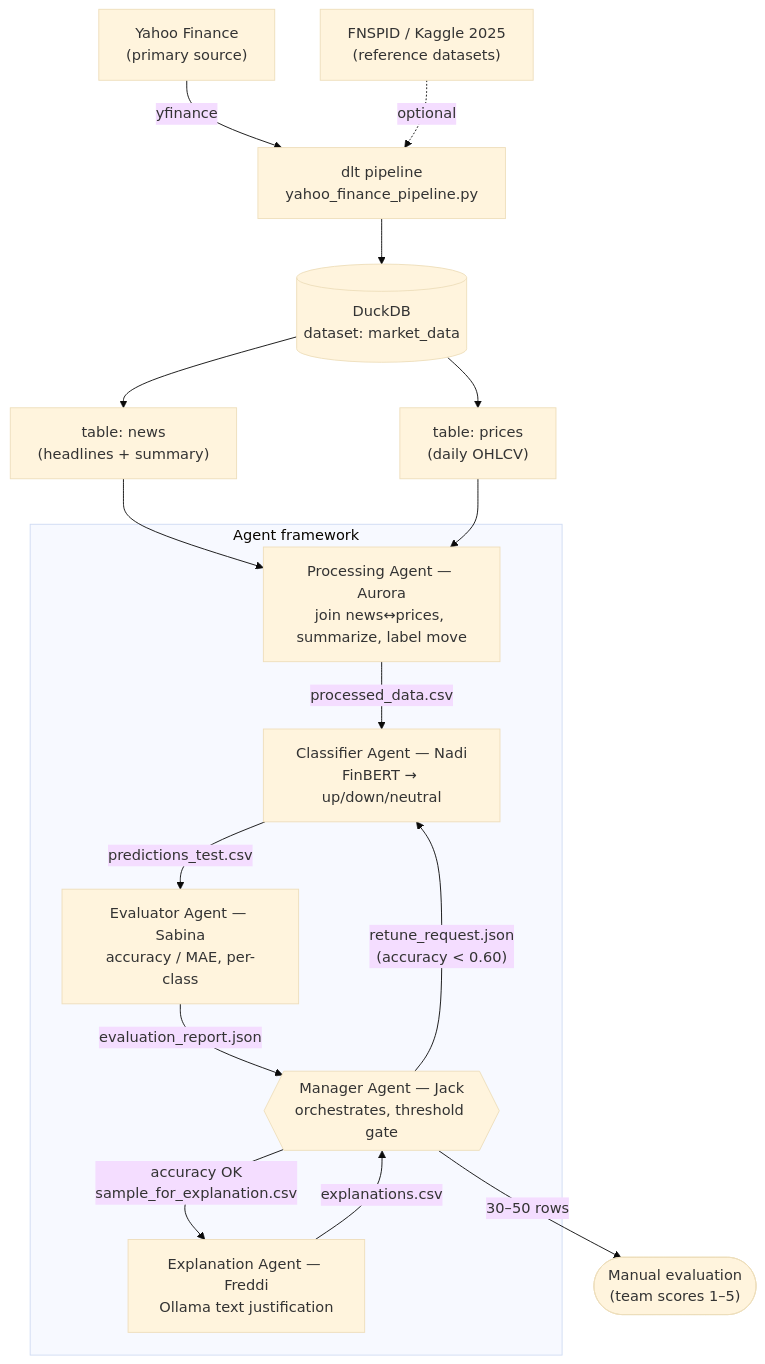
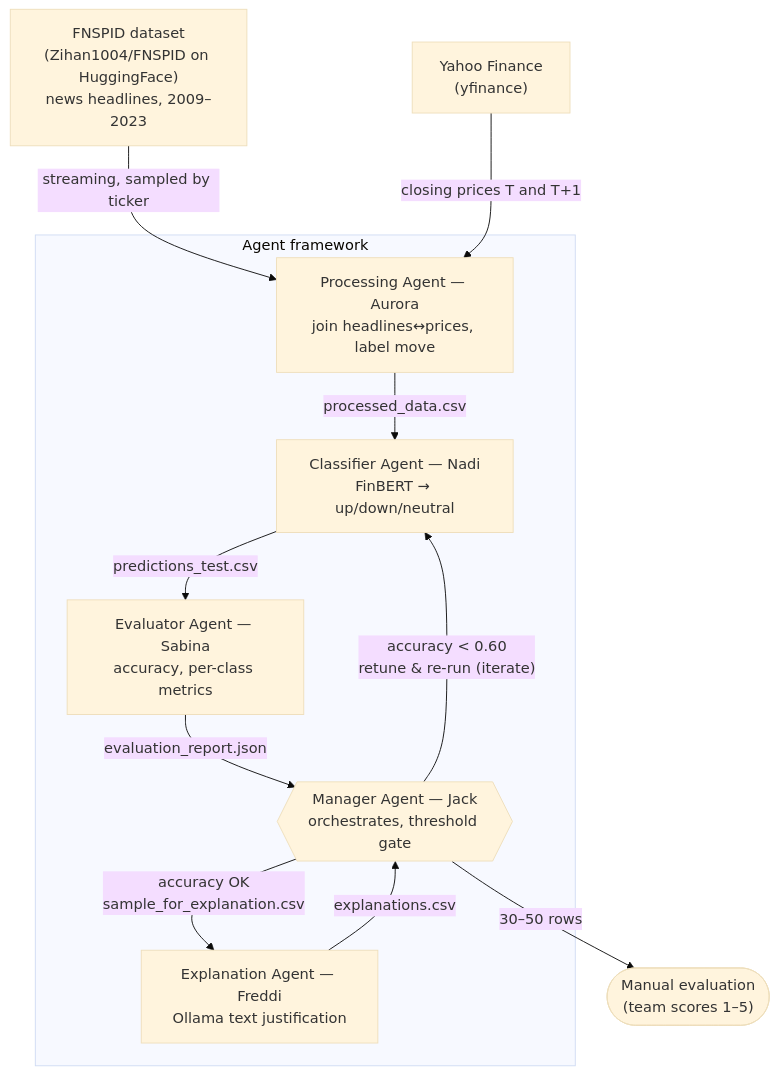
Before and after one commit to njaltran/NLP_lab: the diagram in architecture.md, drawn with Mermaid (base theme). The commit also changed other lines of this file and 1 other file, not shown here.

Commit message:
Refactor architecture and data contracts for clarity; update data sources and processing steps

````diff
--- a/architecture.md
+++ b/architecture.md
@@ -7,27 +7,21 @@
 ```mermaid
 flowchart TD
-    YF["Yahoo Finance<br/>(primary source)"] -->|yfinance| DLT["dlt pipeline<br/>yahoo_finance_pipeline.py"]
-    ALT["FNSPID / Kaggle 2025<br/>(reference datasets)"] -.->|optional| DLT
-    DLT --> DUCK[("DuckDB<br/>dataset: market_data")]
-    DUCK --> NEWS["table: news<br/>(headlines + summary)"]
-    DUCK --> PRICES["table: prices<br/>(daily OHLCV)"]
-
-    NEWS --> AURORA
-    PRICES --> AURORA
+    FNSPID["FNSPID dataset<br/>(Zihan1004/FNSPID on HuggingFace)<br/>news headlines, 2009–2023"] -->|streaming, sampled by ticker| AURORA
+    YF["Yahoo Finance<br/>(yfinance)"] -->|closing prices T and T+1| AURORA
 
     subgraph AGENTS["Agent framework"]
         JACK{{"Manager Agent — Jack<br/>orchestrates, threshold gate"}}
-        AURORA["Processing Agent — Aurora<br/>join news↔prices, summarize, label move"]
+        AURORA["Processing Agent — Aurora<br/>join headlines↔prices, label move"]
         NADI["Classifier Agent — Nadi<br/>FinBERT → up/down/neutral"]
-        SABINA["Evaluator Agent — Sabina<br/>accuracy / MAE, per-class"]
+        SABINA["Evaluator Agent — Sabina<br/>accuracy, per-class metrics"]
         FREDDI["Explanation Agent — Freddi<br/>Ollama text justification"]
     end
 
     AURORA -->|"processed_data.csv"| NADI
     NADI -->|"predictions_test.csv"| SABINA
     SABINA -->|"evaluation_report.json"| JACK
-    JACK -->|"retune_request.json<br/>(accuracy < 0.60)"| NADI
+    JACK -->|"accuracy < 0.60<br/>retune & re-run (iterate)"| NADI
     JACK -->|"accuracy OK<br/>sample_for_explanation.csv"| FREDDI
     FREDDI -->|"explanations.csv"| JACK
     JACK -->|"30–50 rows"| HUMAN(["Manual evaluation<br/>(team scores 1–5)"])
 ```
````
